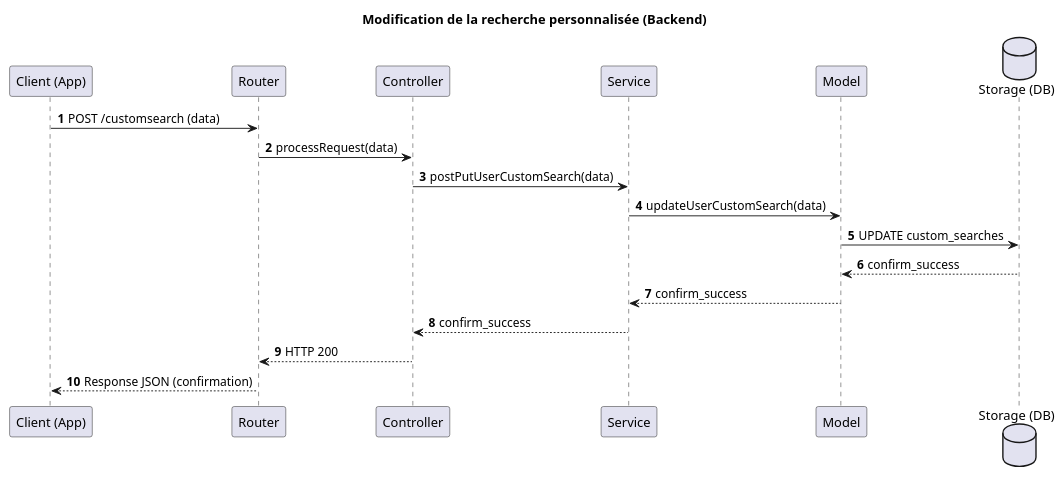
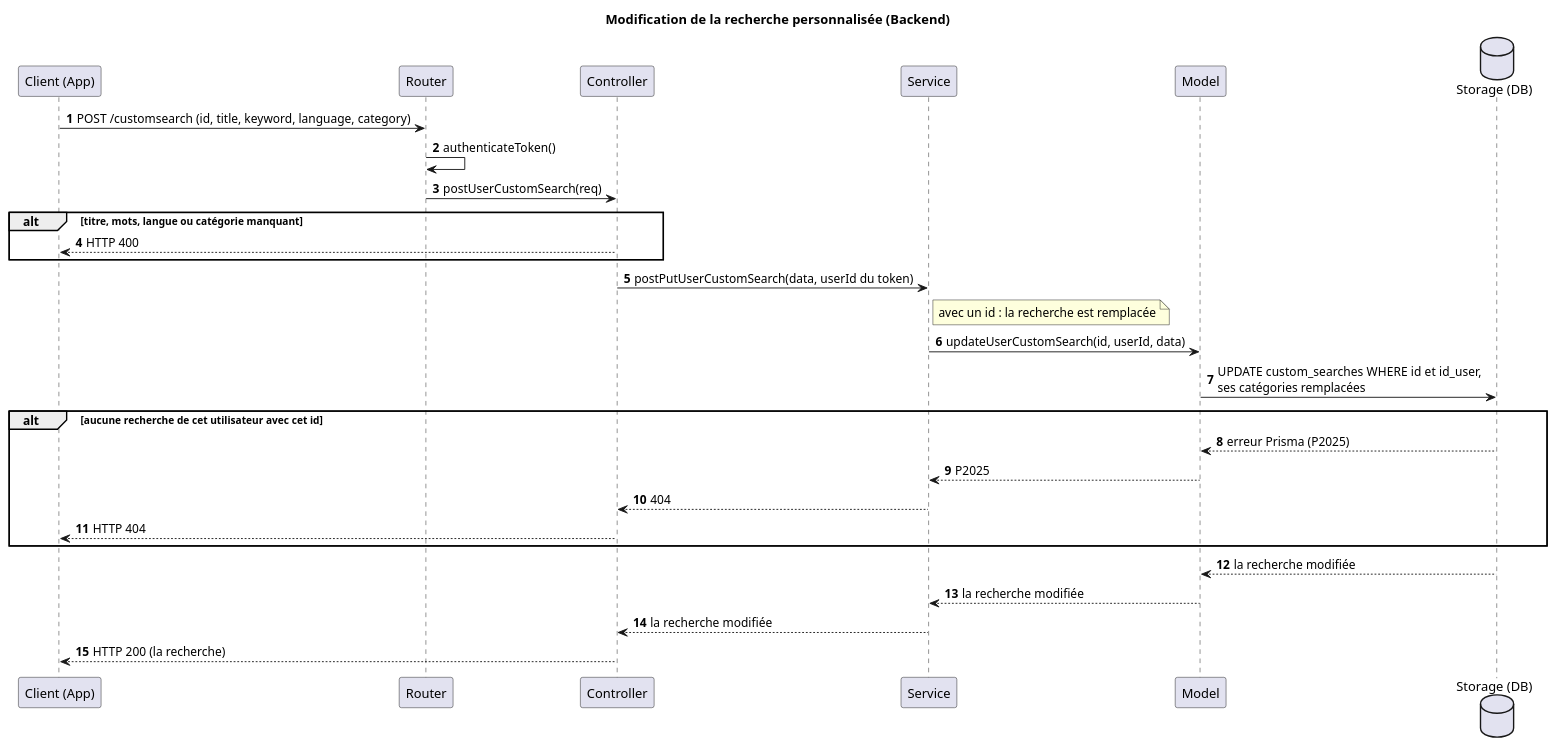
Before and after one commit to TPI2026-NewsGenerator/NewsGenerator-Backend: the diagram in docs/UML/search-history-edit-diagram.puml, drawn with PlantUML. The commit also changed 44 other files, not shown here.

First line of the commit message:
Split the class diagram per feature and draw the sequences of sprint 4

```diff
--- a/docs/UML/search-history-edit-diagram.puml
+++ b/docs/UML/search-history-edit-diagram.puml
@@ -1,24 +1,34 @@
 @startuml
 title Modification de la recherche personnalisée (Backend)
 autonumber
 
 participant "Client (App)" as Client
 participant "Router" as Router
 participant "Controller" as Controller
 participant "Service" as Service
 participant "Model" as Model
 database "Storage (DB)" as Storage
 
 
-Client -> Router : POST /customsearch (data)
-Router -> Controller : processRequest(data)
-Controller -> Service : postPutUserCustomSearch(data)
-Service -> Model : updateUserCustomSearch(data)
-Model -> Storage : UPDATE custom_searches
-Storage --> Model : confirm_success
-Model --> Service : confirm_success
-Service --> Controller : confirm_success
-Controller --> Router : HTTP 200
-Router --> Client : Response JSON (confirmation)
+Client -> Router : POST /customsearch (id, title, keyword, language, category)
+Router -> Router : authenticateToken()
+Router -> Controller : postUserCustomSearch(req)
+alt titre, mots, langue ou catégorie manquant
+    Controller --> Client : HTTP 400
+end
+Controller -> Service : postPutUserCustomSearch(data, userId du token)
+note right of Service : avec un id : la recherche est remplacée
+Service -> Model : updateUserCustomSearch(id, userId, data)
+Model -> Storage : UPDATE custom_searches WHERE id et id_user,\nses catégories remplacées
+alt aucune recherche de cet utilisateur avec cet id
+    Storage --> Model : erreur Prisma (P2025)
+    Model --> Service : P2025
+    Service --> Controller : 404
+    Controller --> Client : HTTP 404
+end
+Storage --> Model : la recherche modifiée
+Model --> Service : la recherche modifiée
+Service --> Controller : la recherche modifiée
+Controller --> Client : HTTP 200 (la recherche)
 
 @enduml
```
